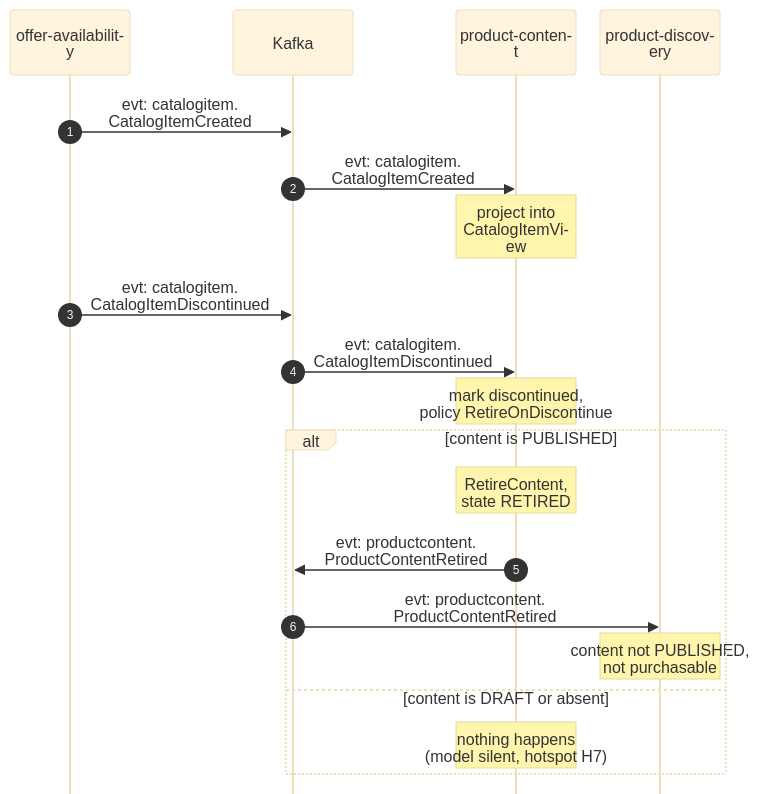
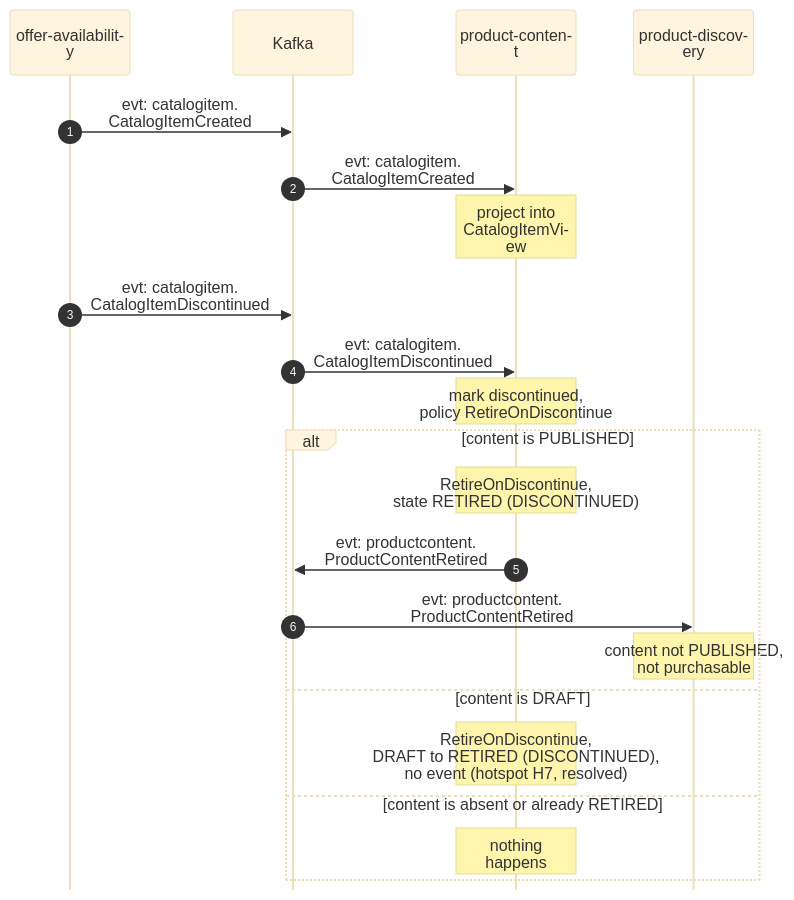
The fourth of 5 diagrams in storefront/docs/contexts/product-content/domain-message-flow.md (IQVO/warehouse-docs), drawn with Mermaid (base theme) before and after one commit. The commit also changed other lines of this file and 10 other files, not shown here.

Commit message:
docs(storefront): product-content pack and model follow the repo (MANUAL reason, DRAFT retired silently on discontinue, ReviseContent for DRAFT and PUBLISHED, no content for a discontinued item, current routes)

````diff
--- a/storefront/docs/contexts/product-content/domain-message-flow.md
+++ b/storefront/docs/contexts/product-content/domain-message-flow.md
@@ -116,23 +116,25 @@
 ```mermaid
 %%{init: {"sequence": {"wrap": true, "width": 120, "actorMargin": 24, "messageMargin": 28, "boxMargin": 6, "noteMargin": 6, "mirrorActors": false}}}%%
 sequenceDiagram
     autonumber
     participant OA as offer-availability
     participant K as Kafka
     participant PC as product-content
     participant PD as product-discovery
     OA->>K: evt: catalogitem.<br/>CatalogItemCreated
     K->>PC: evt: catalogitem.<br/>CatalogItemCreated
     Note over PC: project into CatalogItemView
     OA->>K: evt: catalogitem.<br/>CatalogItemDiscontinued
     K->>PC: evt: catalogitem.<br/>CatalogItemDiscontinued
     Note over PC: mark discontinued,<br/>policy RetireOnDiscontinue
     alt content is PUBLISHED
-        Note over PC: RetireContent,<br/>state RETIRED
+        Note over PC: RetireOnDiscontinue,<br/>state RETIRED (DISCONTINUED)
         PC->>K: evt: productcontent.<br/>ProductContentRetired
         K->>PD: evt: productcontent.<br/>ProductContentRetired
         Note over PD: content not PUBLISHED,<br/>not purchasable
-    else content is DRAFT or absent
-        Note over PC: nothing happens<br/>(model silent, hotspot H7)
+    else content is DRAFT
+        Note over PC: RetireOnDiscontinue,<br/>DRAFT to RETIRED (DISCONTINUED),<br/>no event (hotspot H7, resolved)
+    else content is absent or already RETIRED
+        Note over PC: nothing happens
     end
 ```
````
